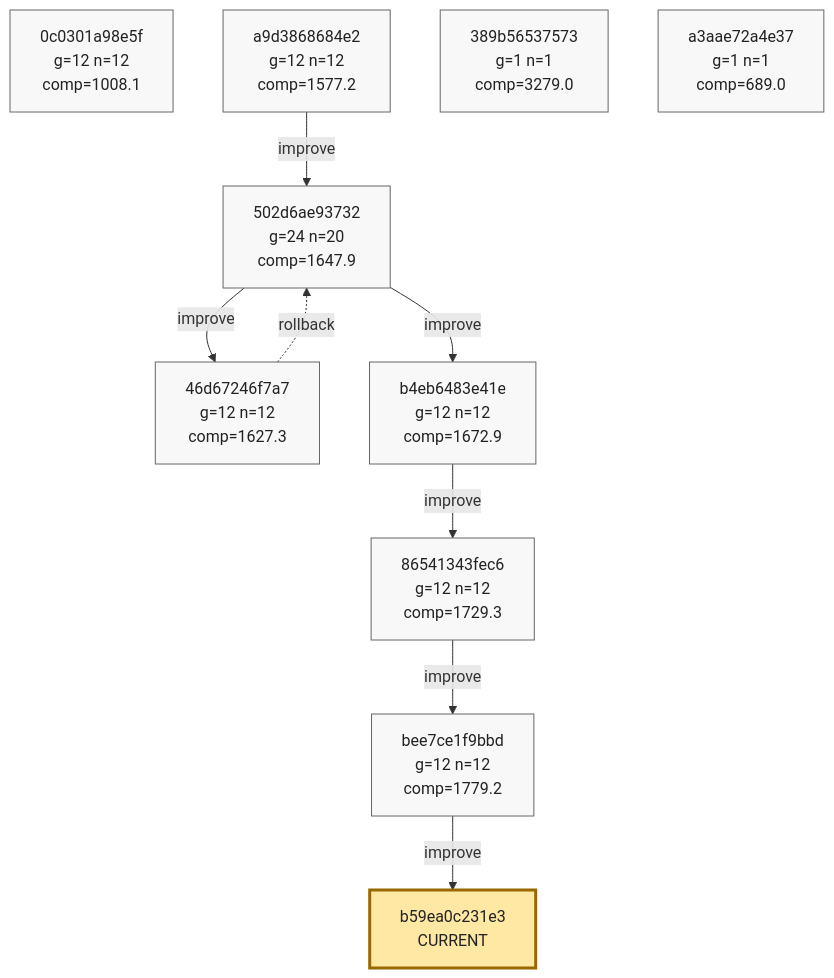
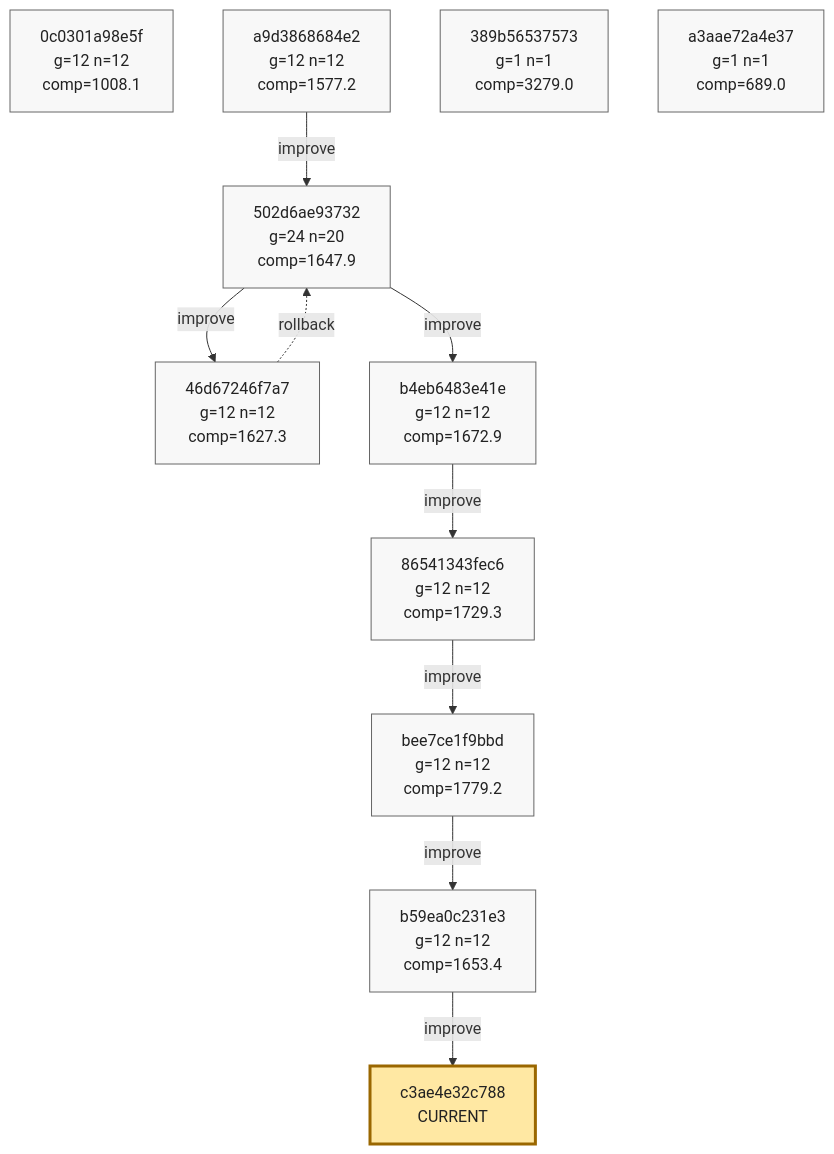
Before and after one commit to azumag/soviet_now: the tenth of 10 diagrams in phyrogenetic-tree.md, drawn with Mermaid. The commit also changed other lines of this file and 2 other files, not shown here.

Commit message:
eloop Improve after 12 games (scores: 1198 3492 2277 1688 2944 1321 1174 2843 1871 1318 3199 1724)

````diff
--- a/phyrogenetic-tree.md
+++ b/phyrogenetic-tree.md
@@ -2543,37 +2544,40 @@
 ```mermaid
 flowchart TD
     h_0c0301a98e5f["0c0301a98e5f<br/>g=12 n=12<br/>comp=1008.1"]
     h_a9d3868684e2["a9d3868684e2<br/>g=12 n=12<br/>comp=1577.2"]
     h_502d6ae93732["502d6ae93732<br/>g=24 n=20<br/>comp=1647.9"]
     h_46d67246f7a7["46d67246f7a7<br/>g=12 n=12<br/>comp=1627.3"]
     h_b4eb6483e41e["b4eb6483e41e<br/>g=12 n=12<br/>comp=1672.9"]
     h_86541343fec6["86541343fec6<br/>g=12 n=12<br/>comp=1729.3"]
     h_bee7ce1f9bbd["bee7ce1f9bbd<br/>g=12 n=12<br/>comp=1779.2"]
+    h_b59ea0c231e3["b59ea0c231e3<br/>g=12 n=12<br/>comp=1653.4"]
     h_389b56537573["389b56537573<br/>g=1 n=1<br/>comp=3279.0"]
     h_a3aae72a4e37["a3aae72a4e37<br/>g=1 n=1<br/>comp=689.0"]
-    h_b59ea0c231e3["b59ea0c231e3<br/>CURRENT"]
+    h_c3ae4e32c788["c3ae4e32c788<br/>CURRENT"]
 
     h_a9d3868684e2 -->|improve| h_502d6ae93732
     h_502d6ae93732 -->|improve| h_46d67246f7a7
     h_46d67246f7a7 -. rollback .-> h_502d6ae93732
     h_502d6ae93732 -->|improve| h_b4eb6483e41e
     h_b4eb6483e41e -->|improve| h_86541343fec6
     h_86541343fec6 -->|improve| h_bee7ce1f9bbd
     h_bee7ce1f9bbd -->|improve| h_b59ea0c231e3
+    h_b59ea0c231e3 -->|improve| h_c3ae4e32c788
 
     classDef plain fill:#f8f8f8,stroke:#666,stroke-width:1px,color:#222;
     classDef current fill:#ffe8a3,stroke:#9a6700,stroke-width:3px,color:#222;
     classDef anchor fill:#d7f5dd,stroke:#1f6f43,stroke-width:3px,color:#222;
     classDef current_anchor fill:#f3e4a8,stroke:#1f6f43,stroke-width:4px,color:#222;
 
     class h_0c0301a98e5f plain;
     class h_a9d3868684e2 plain;
     class h_502d6ae93732 plain;
     class h_46d67246f7a7 plain;
     class h_b4eb6483e41e plain;
     class h_86541343fec6 plain;
     class h_bee7ce1f9bbd plain;
+    class h_b59ea0c231e3 plain;
     class h_389b56537573 plain;
     class h_a3aae72a4e37 plain;
-    class h_b59ea0c231e3 current;
+    class h_c3ae4e32c788 current;
 ```
````
